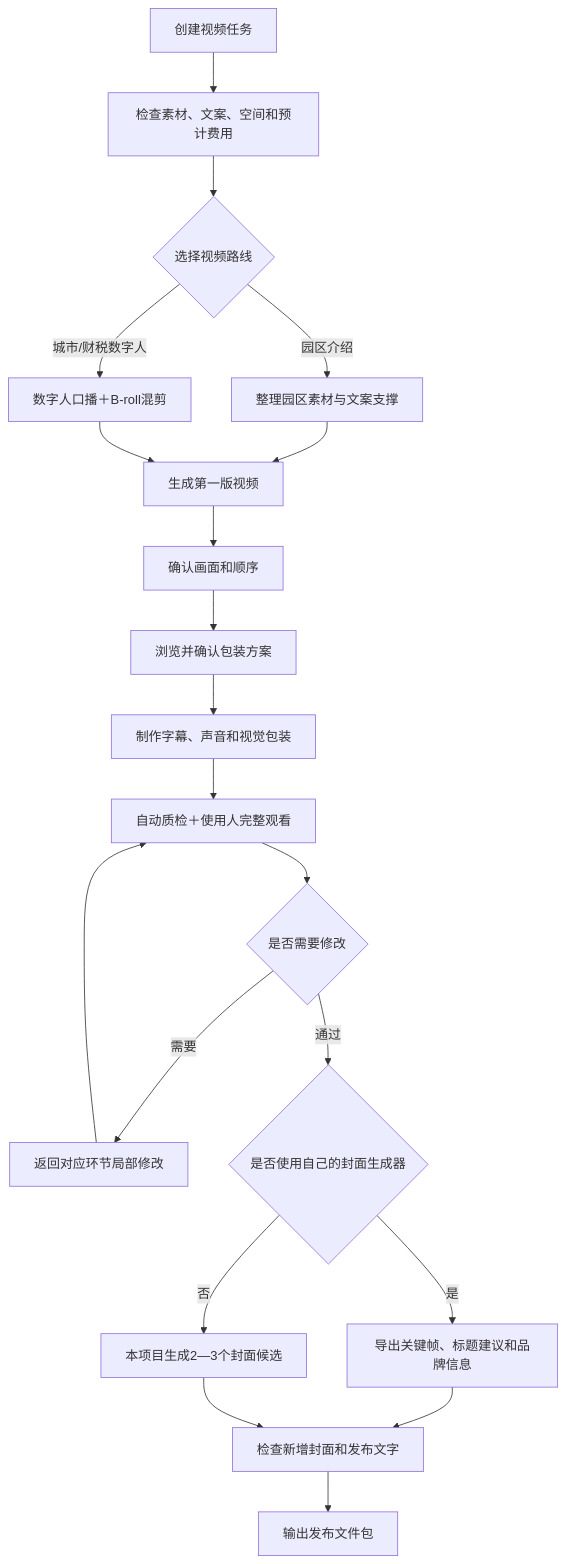
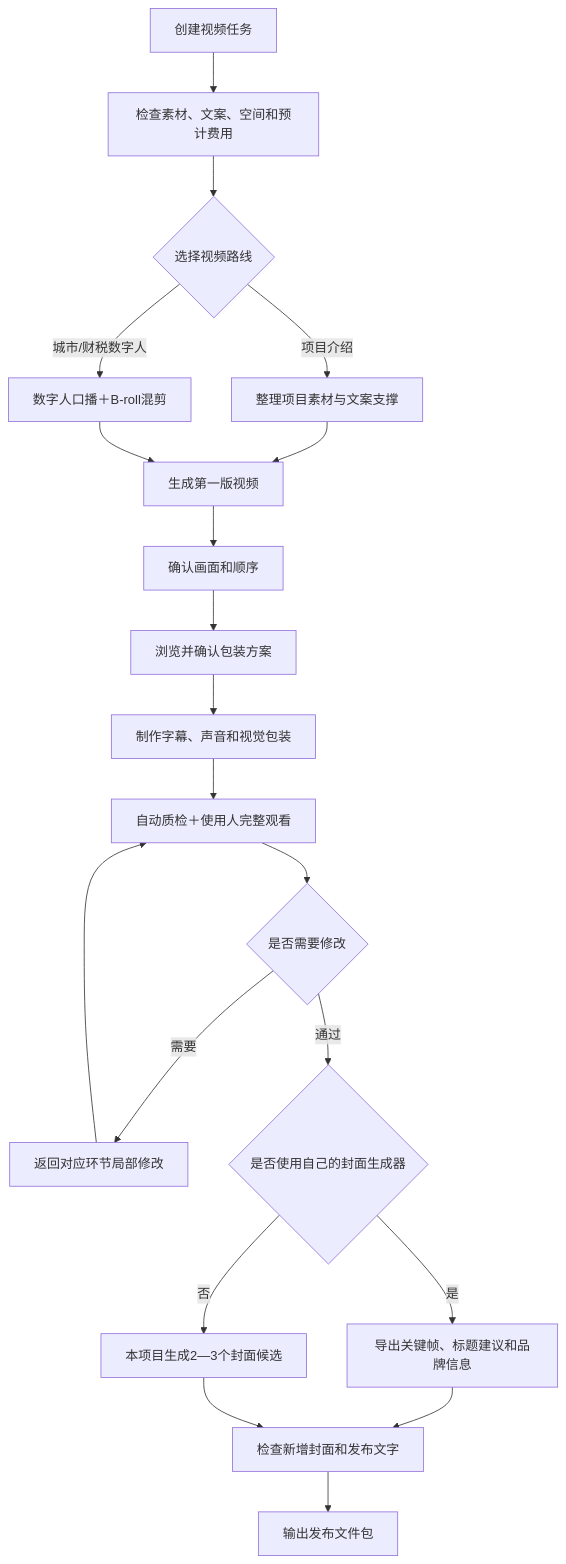
The diagram in cutroom/docs/user-guide/video-production-user-guide.md (kcs060073-ui/suojian), drawn with Mermaid before and after one commit. The commit also changed other lines of this file and 217 other files, not shown here.

````diff
--- a/cutroom/docs/user-guide/video-production-user-guide.md
+++ b/cutroom/docs/user-guide/video-production-user-guide.md
@@ -24,22 +24,22 @@
 ```mermaid
 flowchart TD
     A["创建视频任务"] --> B["检查素材、文案、空间和预计费用"]
     B --> C{"选择视频路线"}
-    C -->|园区介绍| D["整理园区素材与文案支撑"]
+    C -->|项目介绍| D["整理项目素材与文案支撑"]
     C -->|城市/财税数字人| E["数字人口播＋B-roll混剪"]
     D --> F["生成第一版视频"]
     E --> F
     F --> G["确认画面和顺序"]
     G --> H["浏览并确认包装方案"]
     H --> I["制作字幕、声音和视觉包装"]
     I --> J["自动质检＋使用人完整观看"]
     J --> K{"是否需要修改"}
     K -->|需要| L["返回对应环节局部修改"]
     L --> J
     K -->|通过| M{"是否使用自己的封面生成器"}
     M -->|是| N["导出关键帧、标题建议和品牌信息"]
     M -->|否| O["本项目生成2—3个封面候选"]
     N --> P["检查新增封面和发布文字"]
     O --> P
     P --> Q["输出发布文件包"]
 ```
````
